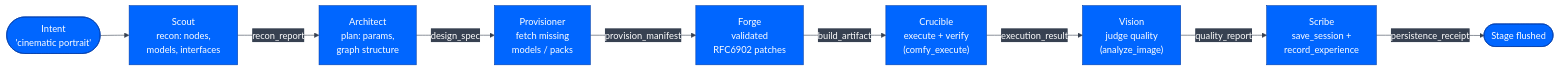
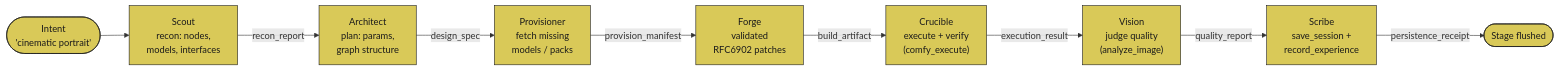
One commit to JosephOIbrahim/Comfy-Cozy changed diagram 12 of 27 in README.md. Above: the diagram before and after it, drawn with Mermaid. The commit also changed other lines of this file and 38 other files, not shown here.

````diff
--- a/README.md
+++ b/README.md
@@ -542,12 +656,15 @@
 ```mermaid
-%%{init: {'theme':'base','themeVariables': {'primaryColor':'#0066FF','primaryTextColor':'#ffffff','primaryBorderColor':'#003eaa','lineColor':'#374151','secondaryColor':'#374151','tertiaryColor':'#1f2937','fontFamily':'monospace'}}}%%
 flowchart LR
     Intent(["Intent<br/>'cinematic portrait'"]) --> Scout
     Scout["Scout<br/>recon: nodes,<br/>models, interfaces"] -->|recon_report| Architect
     Architect["Architect<br/>plan: params,<br/>graph structure"] -->|design_spec| Provisioner
     Provisioner["Provisioner<br/>fetch missing<br/>models / packs"] -->|provision_manifest| Forge
     Forge["Forge<br/>validated<br/>RFC6902 patches"] -->|build_artifact| Crucible
     Crucible["Crucible<br/>execute + verify<br/>(comfy_execute)"] -->|execution_result| Vision
     Vision["Vision<br/>judge quality<br/>(analyze_image)"] -->|quality_report| Scribe
     Scribe["Scribe<br/>save_session +<br/>record_experience"] -->|persistence_receipt| Done(["Stage flushed"])
+
+    classDef orange fill:#d99458,color:#1a1a1a,stroke:#1a1a1a
+    classDef yellow fill:#d9c958,color:#1a1a1a,stroke:#1a1a1a
+    class Intent,Scout,Architect,Provisioner,Forge,Crucible,Vision,Scribe,Done yellow
 ```
````
